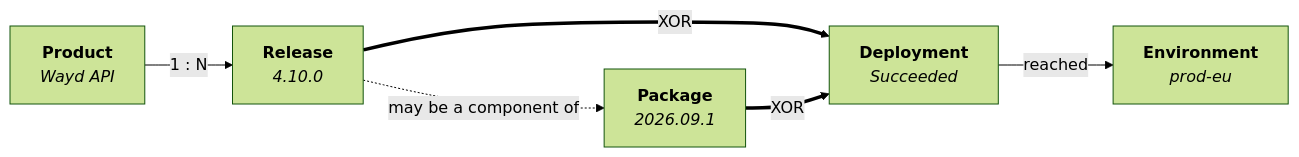
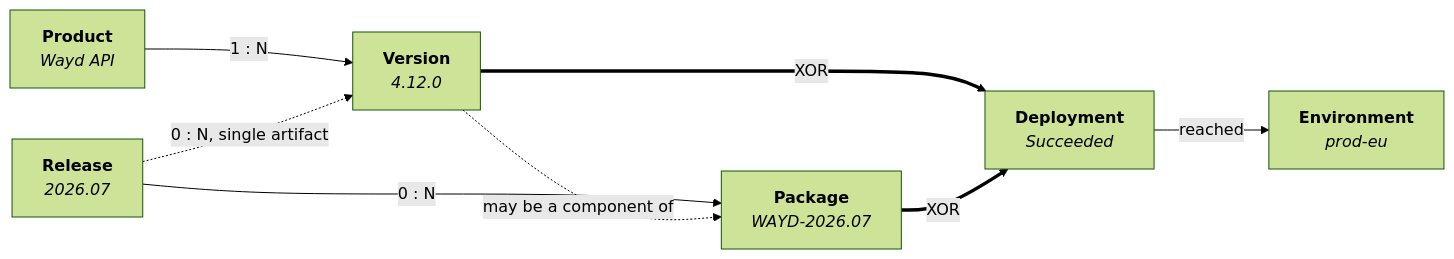
One commit to destacey/Wayd changed the diagram in docs/user-guide/product-management/delivery.mdx. Above: the diagram before and after it, drawn with Mermaid (forest theme). The commit also changed other lines of this file and 219 other files, not shown here.

First line of the commit message:
feat(delivery): add the product release and split Version from it

````diff
--- a/docs/user-guide/product-management/delivery.mdx
+++ b/docs/user-guide/product-management/delivery.mdx
@@ -20,14 +25,17 @@
 ```mermaid
 graph LR
     Product["<b>Product</b><br/><i>Wayd API</i>"]
-    Release["<b>Release</b><br/><i>4.10.0</i>"]
-    Package["<b>Package</b><br/><i>2026.09.1</i>"]
+    Release["<b>Release</b><br/><i>2026.07</i>"]
+    Version["<b>Version</b><br/><i>4.12.0</i>"]
+    Package["<b>Package</b><br/><i>WAYD-2026.07</i>"]
     Deployment["<b>Deployment</b><br/><i>Succeeded</i>"]
     Environment["<b>Environment</b><br/><i>prod-eu</i>"]
 
-    Product -->|"1 : N"| Release
-    Release -.->|"may be a component of"| Package
-    Release ==>|"XOR"| Deployment
+    Product -->|"1 : N"| Version
+    Release -->|"0 : N"| Package
+    Release -.->|"0 : N, single artifact"| Version
+    Version -.->|"may be a component of"| Package
+    Version ==>|"XOR"| Deployment
     Package ==>|"XOR"| Deployment
     Deployment -->|"reached"| Environment
 ```
````
